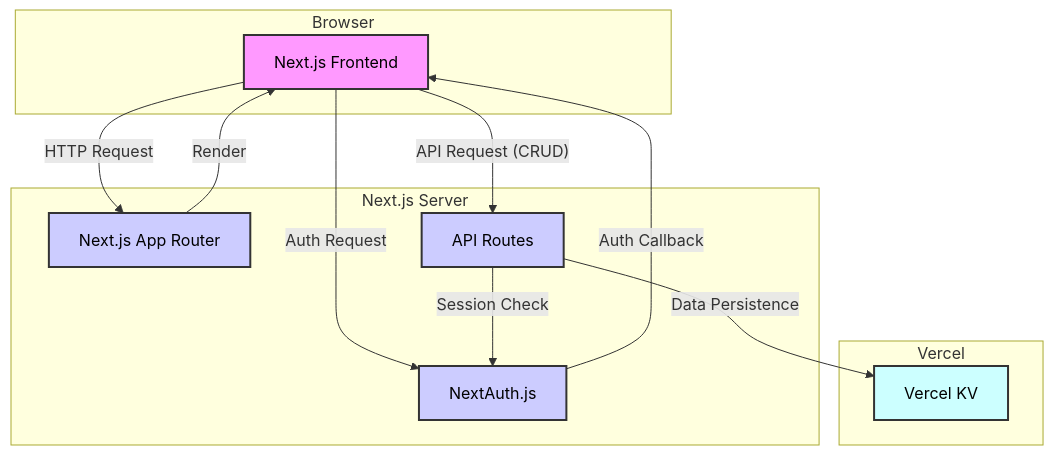
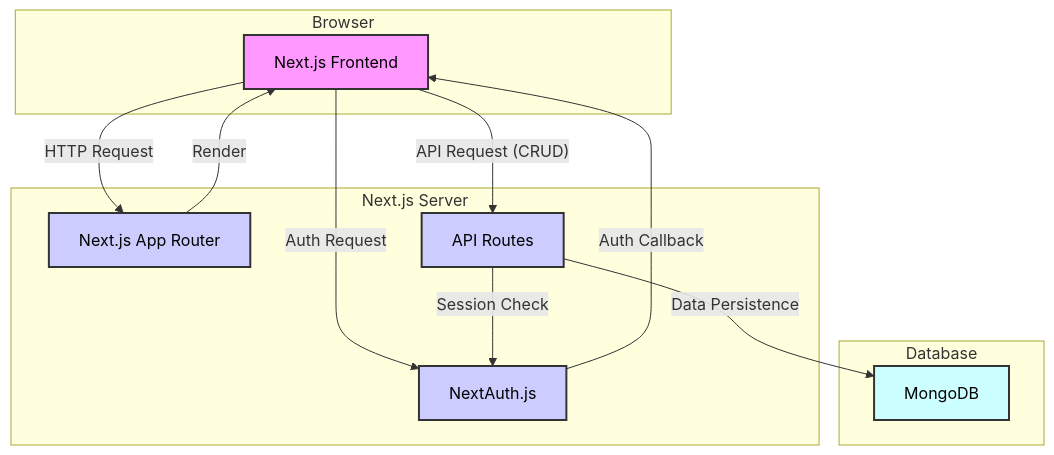
Before and after one commit to hideaki1979/geminicli_todo: the first of 3 diagrams in README.md, drawn with Mermaid. The commit also changed other lines of this file, not shown here.

````diff
--- a/README.md
+++ b/README.md
@@ -109,30 +104,30 @@
 ```mermaid
 graph TD
     subgraph "Browser"
         A[Next.js Frontend]
     end
 
     subgraph "Next.js Server"
         B[Next.js App Router]
         C[API Routes]
         D[NextAuth.js]
     end
 
-    subgraph "Vercel"
-        E[Vercel KV]
+    subgraph "Database"
+        E[MongoDB]
     end
 
     A -- "HTTP Request" --> B
     B -- "Render" --> A
     A -- "API Request (CRUD)" --> C
     C -- "Data Persistence" --> E
     A -- "Auth Request" --> D
     D -- "Auth Callback" --> A
     C -- "Session Check" --> D
 
     style A fill:#f9f,stroke:#333,stroke-width:2px,color:#000
     style B fill:#ccf,stroke:#333,stroke-width:2px,color:#000
     style C fill:#ccf,stroke:#333,stroke-width:2px,color:#000
     style D fill:#ccf,stroke:#333,stroke-width:2px,color:#000
     style E fill:#cff,stroke:#333,stroke-width:2px,color:#000
 ```
````
